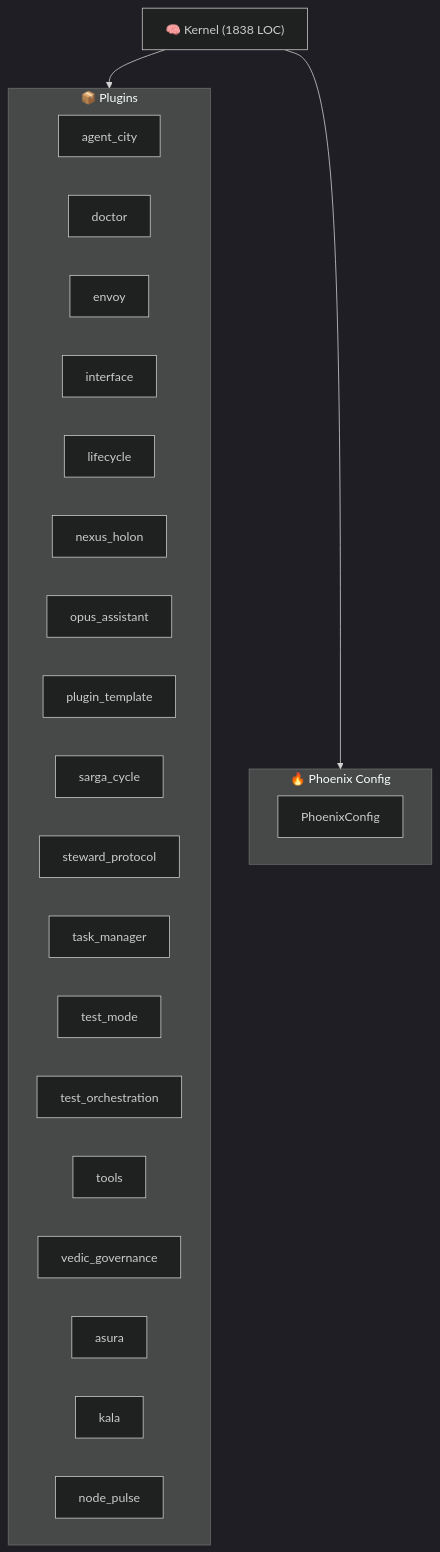
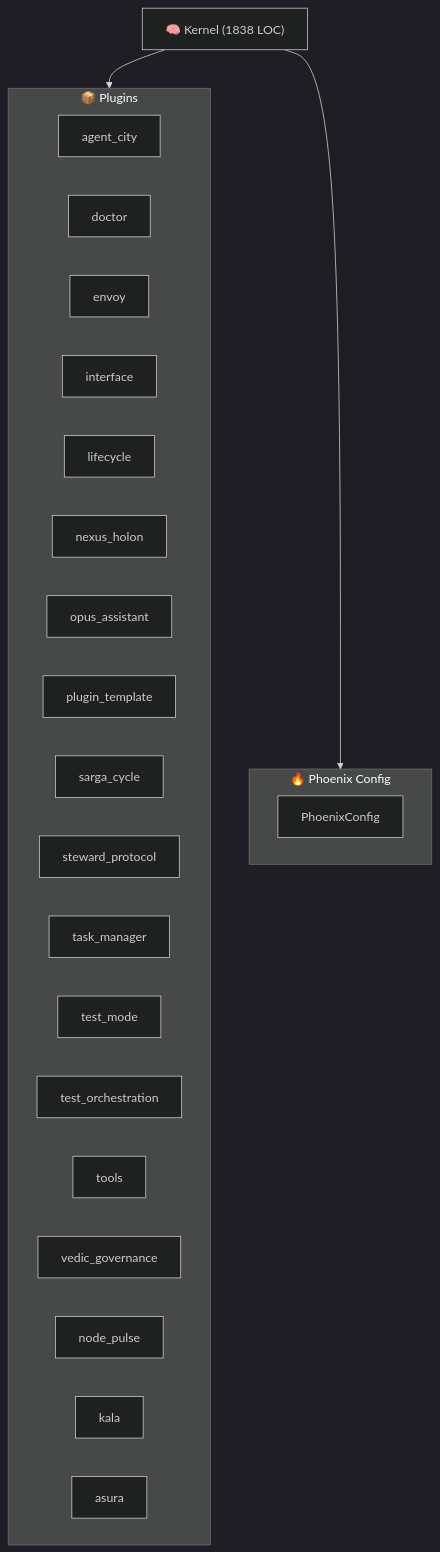
Before and after one commit to kimeisele/steward-protocol: the diagram in ARCHITECTURE.md, drawn with Mermaid (dark theme). The commit also changed other lines of this file and 5 other files, not shown here.

````diff
--- a/ARCHITECTURE.md
+++ b/ARCHITECTURE.md
@@ -8,29 +8,29 @@
 ```mermaid
 graph TB
     K["🧠 Kernel (1838 LOC)"]
     subgraph Plugins["📦 Plugins"]
         P_agent_city["agent_city"]
         P_doctor["doctor"]
         P_envoy["envoy"]
         P_interface["interface"]
         P_lifecycle["lifecycle"]
         P_nexus_holon["nexus_holon"]
         P_opus_assistant["opus_assistant"]
         P_plugin_template["plugin_template"]
         P_sarga_cycle["sarga_cycle"]
         P_steward_protocol["steward_protocol"]
         P_task_manager["task_manager"]
         P_test_mode["test_mode"]
         P_test_orchestration["test_orchestration"]
         P_tools["tools"]
         P_vedic_governance["vedic_governance"]
+        P_node_pulse["node_pulse"]
+        P_kala["kala"]
         P_asura["asura"]
-        P_kala["kala"]
-        P_node_pulse["node_pulse"]
     end
     K --> Plugins
     subgraph Config["🔥 Phoenix Config"]
         PC[PhoenixConfig]
     end
     K --> Config
 ```
````
